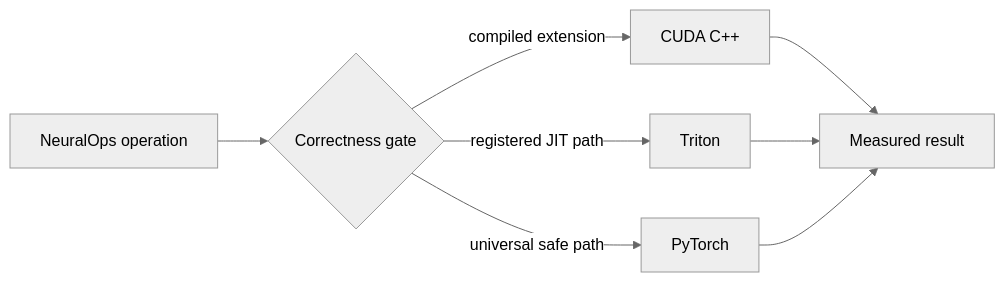
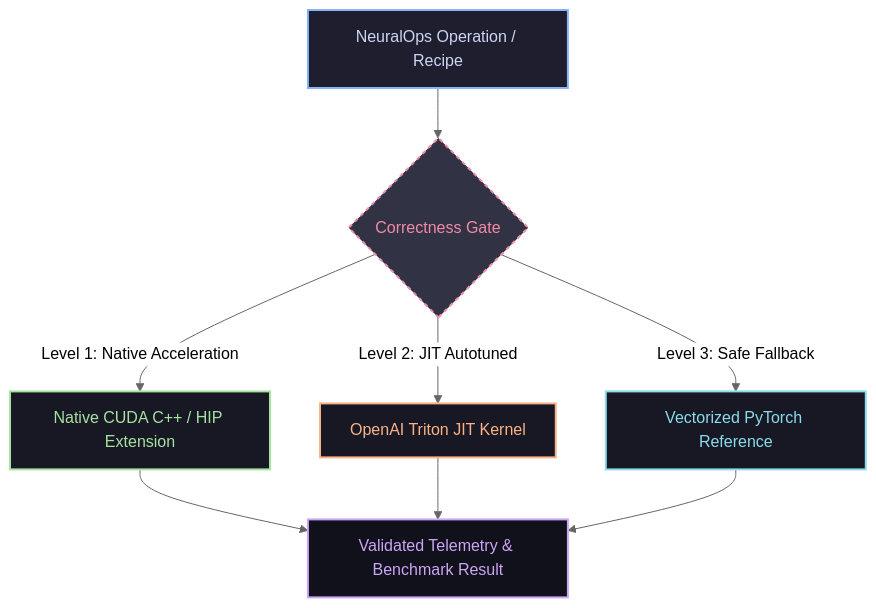
The first of 5 diagrams in README.md (tahamajs/NeuralOps), drawn with Mermaid (neutral theme) before and after one commit. The commit also changed other lines of this file and 6 other files, not shown here.

````diff
--- a/README.md
+++ b/README.md
@@ -53,10 +64,17 @@
 ```mermaid
-flowchart LR
-    A[NeuralOps operation] --> B{Correctness gate}
-    B -->|compiled extension| C[CUDA C++]
-    B -->|registered JIT path| D[Triton]
-    B -->|universal safe path| E[PyTorch]
-    C --> F[Measured result]
+flowchart TD
+    classDef default fill:#1e1e2e,stroke:#89b4fa,stroke-width:2px,color:#cdd6f4;
+    classDef gate fill:#313244,stroke:#f38ba8,stroke-width:2px,color:#f38ba8,stroke-dasharray: 4 4;
+    classDef cuda fill:#181825,stroke:#a6e3a1,stroke-width:2px,color:#a6e3a1;
+    classDef triton fill:#181825,stroke:#fab387,stroke-width:2px,color:#fab387;
+    classDef torch fill:#181825,stroke:#89dceb,stroke-width:2px,color:#89dceb;
+    classDef res fill:#11111b,stroke:#cba6f7,stroke-width:2px,color:#cba6f7;
+
+    A[NeuralOps Operation / Recipe] --> B{Correctness Gate}:::gate
+    B -->|Level 1: Native Acceleration| C[Native CUDA C++ / HIP Extension]:::cuda
+    B -->|Level 2: JIT Autotuned| D[OpenAI Triton JIT Kernel]:::triton
+    B -->|Level 3: Safe Fallback| E[Vectorized PyTorch Reference]:::torch
+    C --> F[Validated Telemetry & Benchmark Result]:::res
     D --> F
     E --> F
 ```
````
